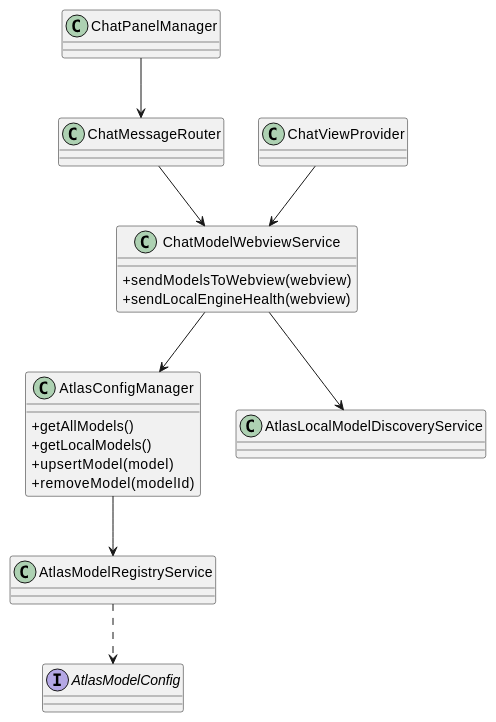
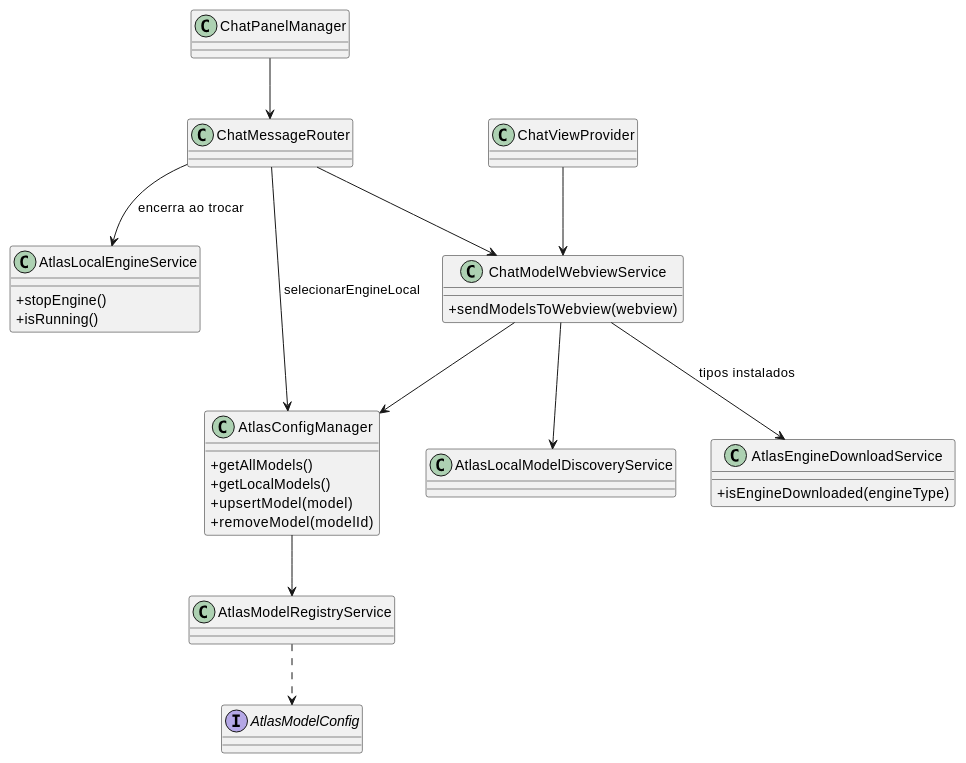
One commit to JVictorVI/ATLAS changed diagram 17 of 41 in docs/plantuml-diagramas-por-caso-de-uso-atlas.md. Above: the diagram before and after it, drawn with PlantUML. The commit also changed other lines of this file and 34 other files, not shown here.

````diff
--- a/docs/plantuml-diagramas-por-caso-de-uso-atlas.md
+++ b/docs/plantuml-diagramas-por-caso-de-uso-atlas.md
@@ -662,31 +664,40 @@
 ```plantuml
 @startuml
 skinparam shadowing false
 skinparam classAttributeIconSize 0
 
 class ChatPanelManager
 class ChatViewProvider
 class ChatMessageRouter
 class ChatModelWebviewService {
   +sendModelsToWebview(webview)
-  +sendLocalEngineHealth(webview)
+}
+class AtlasLocalEngineService {
+  +stopEngine()
+  +isRunning()
+}
+class AtlasEngineDownloadService {
+  +isEngineDownloaded(engineType)
 }
 class AtlasConfigManager {
   +getAllModels()
   +getLocalModels()
   +upsertModel(model)
   +removeModel(modelId)
 }
 class AtlasModelRegistryService
 class AtlasLocalModelDiscoveryService
 interface AtlasModelConfig
 
 ChatPanelManager --> ChatMessageRouter
 ChatMessageRouter --> ChatModelWebviewService
+ChatMessageRouter --> AtlasConfigManager : selecionarEngineLocal
+ChatMessageRouter --> AtlasLocalEngineService : encerra ao trocar
 ChatViewProvider --> ChatModelWebviewService
 ChatModelWebviewService --> AtlasConfigManager
 ChatModelWebviewService --> AtlasLocalModelDiscoveryService
+ChatModelWebviewService --> AtlasEngineDownloadService : tipos instalados
 AtlasConfigManager --> AtlasModelRegistryService
 AtlasModelRegistryService ..> AtlasModelConfig
 @enduml
 ```
````
